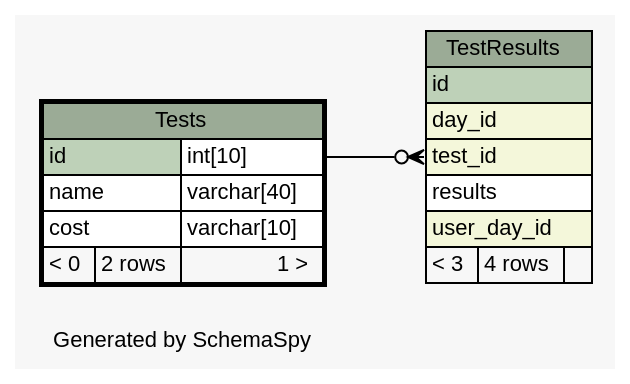
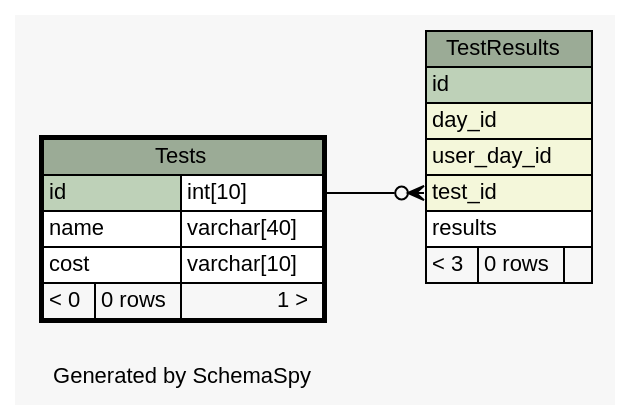
Before and after one commit to carrel2/CaseStudies: the diagram in web/files/schema/diagrams/Tests.1degree.dot, drawn with Graphviz. The commit also changed 75 other files, not shown here.

```diff
--- a/web/files/schema/diagrams/Tests.1degree.dot
+++ b/web/files/schema/diagrams/Tests.1degree.dot
@@ -1,49 +1,49 @@
 // dot 2.38.0 on Linux 4.4.0-64-generic
 // SchemaSpy rev 590
 digraph "oneDegreeRelationshipsDiagram" {
   graph [
     rankdir="RL"
     bgcolor="#f7f7f7"
     label="\nGenerated by SchemaSpy"
     labeljust="l"
     nodesep="0.18"
     ranksep="0.46"
     fontname="Helvetica"
     fontsize="11"
   ];
   node [
     fontname="Helvetica"
     fontsize="11"
     shape="plaintext"
   ];
   edge [
     arrowsize="0.8"
   ];
   "TestResults":"test_id":w -> "Tests":"id.type":e [arrowhead=none dir=back arrowtail=crowodot];
   "TestResults" [
     label=<
     <TABLE BORDER="0" CELLBORDER="1" CELLSPACING="0" BGCOLOR="#ffffff">
       <TR><TD COLSPAN="3" BGCOLOR="#9bab96" ALIGN="CENTER">TestResults</TD></TR>
       <TR><TD PORT="id" COLSPAN="3" BGCOLOR="#bed1b8" ALIGN="LEFT">id</TD></TR>
       <TR><TD PORT="day_id" COLSPAN="3" BGCOLOR="#f4f7da" ALIGN="LEFT">day_id</TD></TR>
+      <TR><TD PORT="user_day_id" COLSPAN="3" BGCOLOR="#f4f7da" ALIGN="LEFT">user_day_id</TD></TR>
       <TR><TD PORT="test_id" COLSPAN="3" BGCOLOR="#f4f7da" ALIGN="LEFT">test_id</TD></TR>
       <TR><TD PORT="results" COLSPAN="3" ALIGN="LEFT">results</TD></TR>
-      <TR><TD PORT="user_day_id" COLSPAN="3" BGCOLOR="#f4f7da" ALIGN="LEFT">user_day_id</TD></TR>
-      <TR><TD ALIGN="LEFT" BGCOLOR="#f7f7f7">&lt; 3</TD><TD ALIGN="RIGHT" BGCOLOR="#f7f7f7">4 rows</TD><TD ALIGN="RIGHT" BGCOLOR="#f7f7f7">  </TD></TR>
+      <TR><TD ALIGN="LEFT" BGCOLOR="#f7f7f7">&lt; 3</TD><TD ALIGN="RIGHT" BGCOLOR="#f7f7f7">0 rows</TD><TD ALIGN="RIGHT" BGCOLOR="#f7f7f7">  </TD></TR>
     </TABLE>>
     URL="TestResults.html"
     tooltip="TestResults"
   ];
   "Tests" [
     label=<
     <TABLE BORDER="2" CELLBORDER="1" CELLSPACING="0" BGCOLOR="#ffffff">
       <TR><TD COLSPAN="3" BGCOLOR="#9bab96" ALIGN="CENTER">Tests</TD></TR>
       <TR><TD PORT="id" COLSPAN="2" BGCOLOR="#bed1b8" ALIGN="LEFT">id</TD><TD PORT="id.type" ALIGN="LEFT">int[10]</TD></TR>
       <TR><TD PORT="name" COLSPAN="2" ALIGN="LEFT">name</TD><TD PORT="name.type" ALIGN="LEFT">varchar[40]</TD></TR>
       <TR><TD PORT="cost" COLSPAN="2" ALIGN="LEFT">cost</TD><TD PORT="cost.type" ALIGN="LEFT">varchar[10]</TD></TR>
-      <TR><TD ALIGN="LEFT" BGCOLOR="#f7f7f7">&lt; 0</TD><TD ALIGN="RIGHT" BGCOLOR="#f7f7f7">2 rows</TD><TD ALIGN="RIGHT" BGCOLOR="#f7f7f7">1 &gt;</TD></TR>
+      <TR><TD ALIGN="LEFT" BGCOLOR="#f7f7f7">&lt; 0</TD><TD ALIGN="RIGHT" BGCOLOR="#f7f7f7">0 rows</TD><TD ALIGN="RIGHT" BGCOLOR="#f7f7f7">1 &gt;</TD></TR>
     </TABLE>>
     URL="Tests.html"
     tooltip="Tests"
   ];
 }
```
